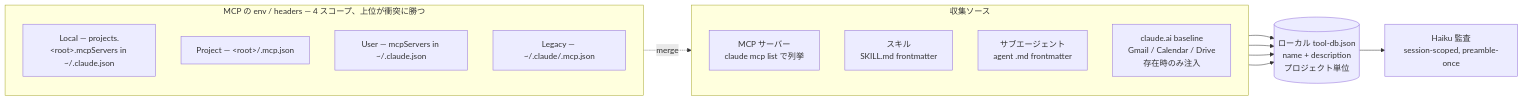
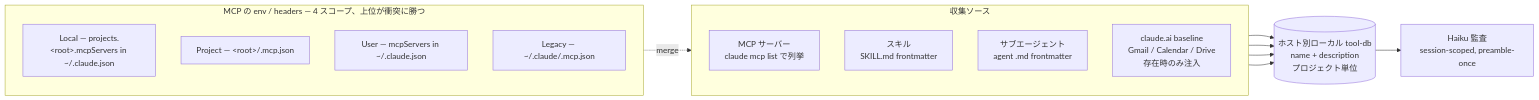
One commit to kitepon-rgb/Spotter changed the second of 2 diagrams in README.ja.md. Above: the diagram before and after it, drawn with Mermaid. The commit also changed other lines of this file and 22 other files, not shown here.

````diff
--- a/README.ja.md
+++ b/README.ja.md
@@ -78,23 +78,23 @@
 ```mermaid
 flowchart LR
     subgraph SRC[収集ソース]
       direction TB
       MCP[MCP サーバー<br/>claude mcp list で列挙]
       SK[スキル<br/>SKILL.md frontmatter]
       AG[サブエージェント<br/>agent .md frontmatter]
       BL[claude.ai baseline<br/>Gmail / Calendar / Drive<br/>存在時のみ注入]
     end
     subgraph SCOPES["MCP の env / headers — 4 スコープ、上位が衝突に勝つ"]
       direction TB
       L["Local — projects.&lt;root&gt;.mcpServers in ~/.claude.json"]
       P["Project — &lt;root&gt;/.mcp.json"]
       US["User — mcpServers in ~/.claude.json"]
       LG["Legacy — ~/.claude/.mcp.json"]
     end
     SCOPES -. merge .-> MCP
-    MCP --> DB[(ローカル tool-db.json<br/>name + description<br/>プロジェクト単位)]
+    MCP --> DB[(ホスト別ローカル tool-db<br/>name + description<br/>プロジェクト単位)]
     SK --> DB
     AG --> DB
     BL --> DB
     DB --> H[Haiku 監査<br/>session-scoped, preamble-once]
 ```
````
